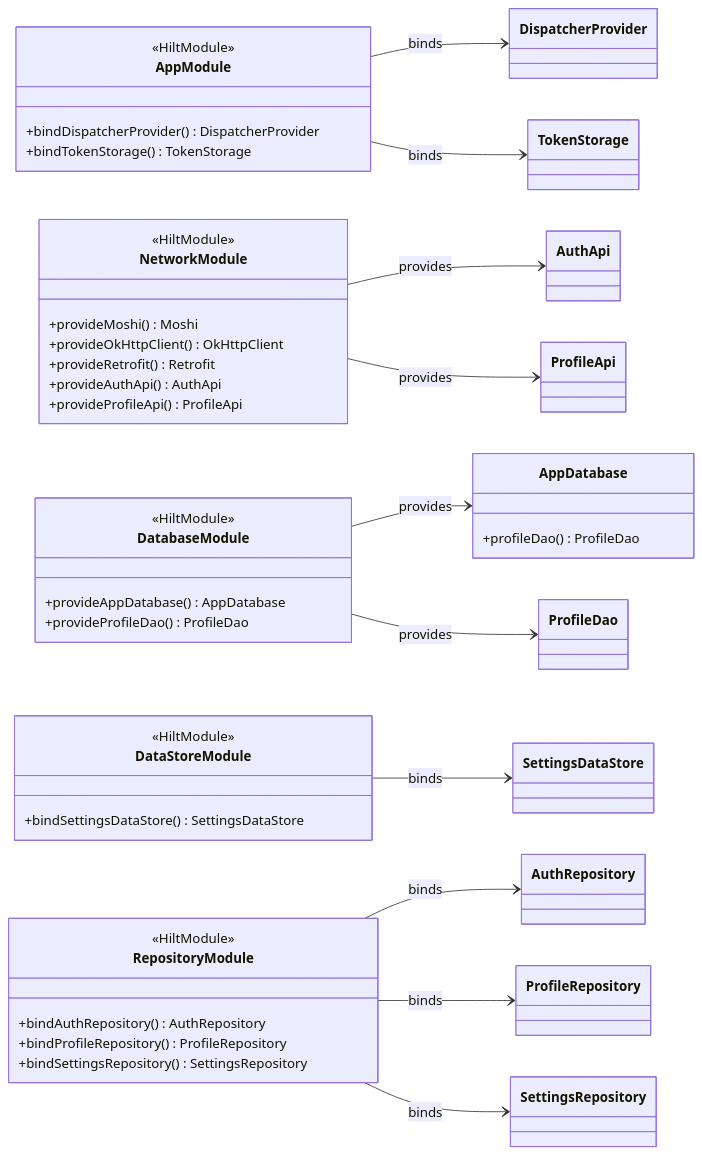
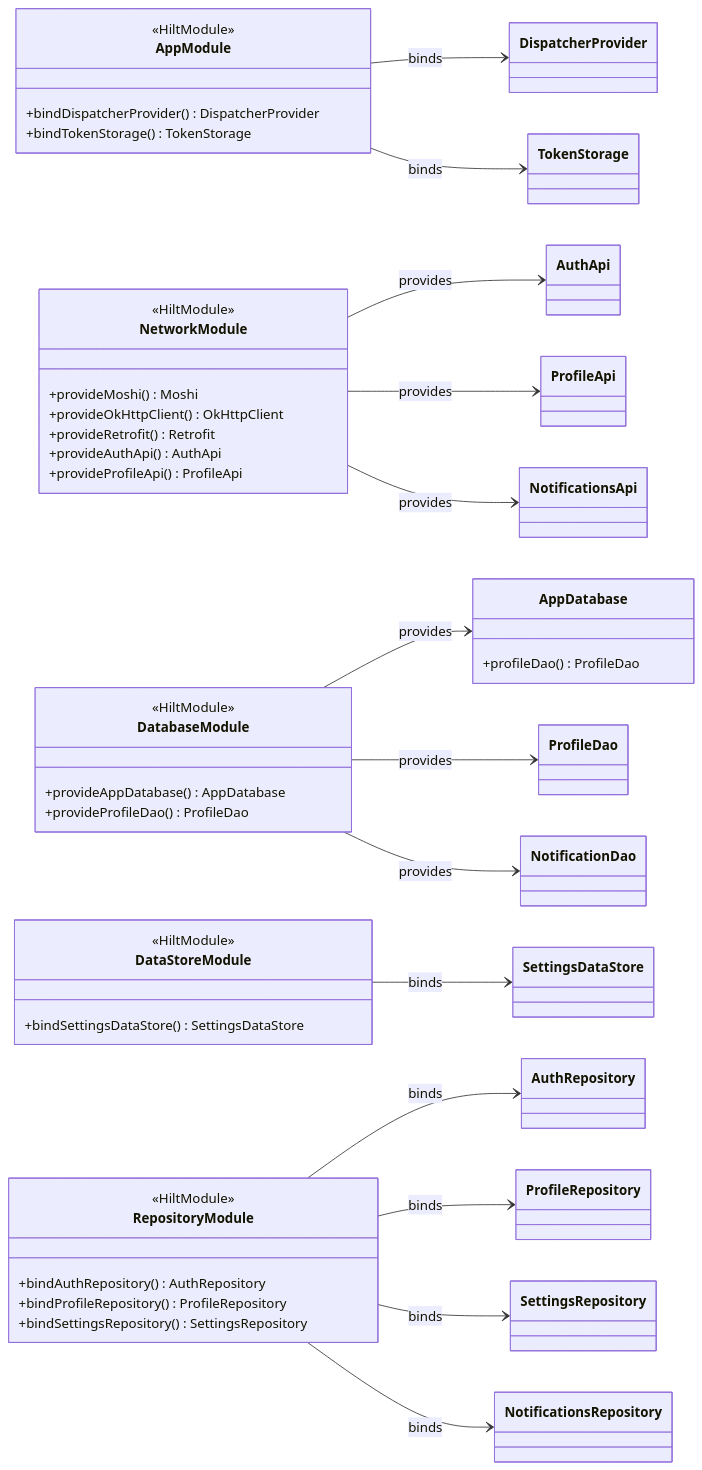
The sixth of 7 diagrams in doc/class-diagram.md (rickychang0328/android_mvvm_arch), drawn with Mermaid before and after one commit. The commit also changed other lines of this file and 42 other files, not shown here.

````diff
--- a/doc/class-diagram.md
+++ b/doc/class-diagram.md
@@ -843,52 +843,55 @@
 ```mermaid
 classDiagram
     direction LR
 
     class AppModule {
         <<HiltModule>>
         +bindDispatcherProvider() DispatcherProvider
         +bindTokenStorage() TokenStorage
     }
 
     class NetworkModule {
         <<HiltModule>>
         +provideMoshi() Moshi
         +provideOkHttpClient() OkHttpClient
         +provideRetrofit() Retrofit
         +provideAuthApi() AuthApi
         +provideProfileApi() ProfileApi
     }
 
     class DatabaseModule {
         <<HiltModule>>
         +provideAppDatabase() AppDatabase
         +provideProfileDao() ProfileDao
     }
 
     class DataStoreModule {
         <<HiltModule>>
         +bindSettingsDataStore() SettingsDataStore
     }
 
     class RepositoryModule {
         <<HiltModule>>
         +bindAuthRepository() AuthRepository
         +bindProfileRepository() ProfileRepository
         +bindSettingsRepository() SettingsRepository
     }
 
     class AppDatabase {
         +profileDao() ProfileDao
     }
 
     AppModule --> DispatcherProvider : binds
     AppModule --> TokenStorage : binds
     NetworkModule --> AuthApi : provides
     NetworkModule --> ProfileApi : provides
+    NetworkModule --> NotificationsApi : provides
     DatabaseModule --> AppDatabase : provides
     DatabaseModule --> ProfileDao : provides
+    DatabaseModule --> NotificationDao : provides
     DataStoreModule --> SettingsDataStore : binds
     RepositoryModule --> AuthRepository : binds
     RepositoryModule --> ProfileRepository : binds
     RepositoryModule --> SettingsRepository : binds
+    RepositoryModule --> NotificationsRepository : binds
 ```
````
